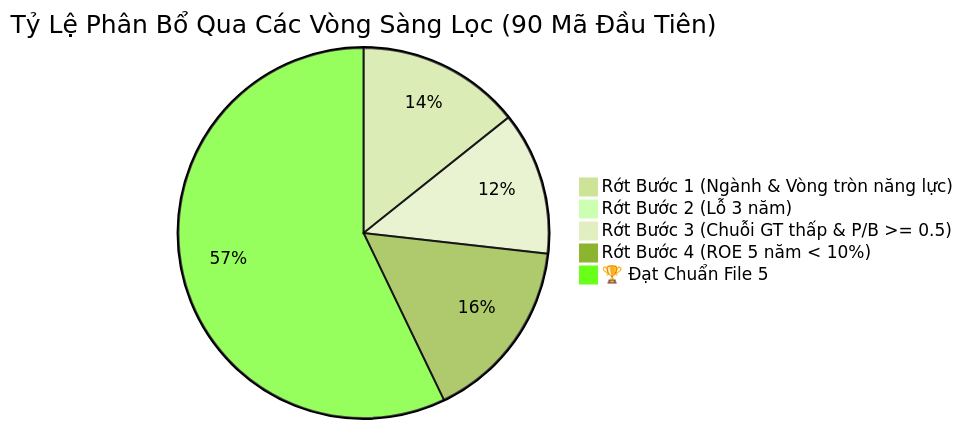
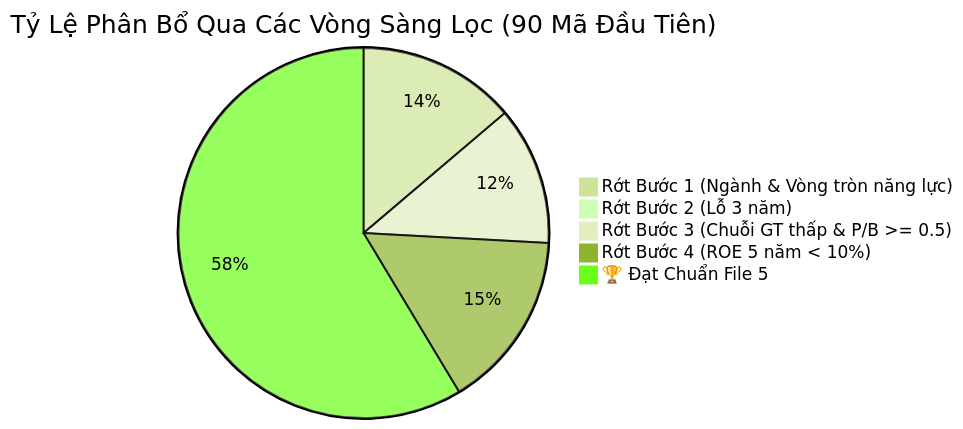
Before and after one commit to lenhan1102/pdf-analyzer: the diagram in screenings/screening_dashboard.md, drawn with Mermaid (forest theme). The commit also changed other lines of this file and 8 other files, not shown here.

````diff
--- a/screenings/screening_dashboard.md
+++ b/screenings/screening_dashboard.md
@@ -9,8 +9,8 @@
 ```mermaid
 pie title Tỷ Lệ Phân Bổ Qua Các Vòng Sàng Lọc (90 Mã Đầu Tiên)
     "Rớt Bước 1 (Ngành & Vòng tròn năng lực)" : 16
     "Rớt Bước 2 (Lỗ 3 năm)" : 1
     "Rớt Bước 3 (Chuỗi GT thấp & P/B >= 0.5)" : 14
     "Rớt Bước 4 (ROE 5 năm < 10%)" : 18
-    "🏆 Đạt Chuẩn File 5" : 64
+    "🏆 Đạt Chuẩn File 5" : 68
 ```
````
